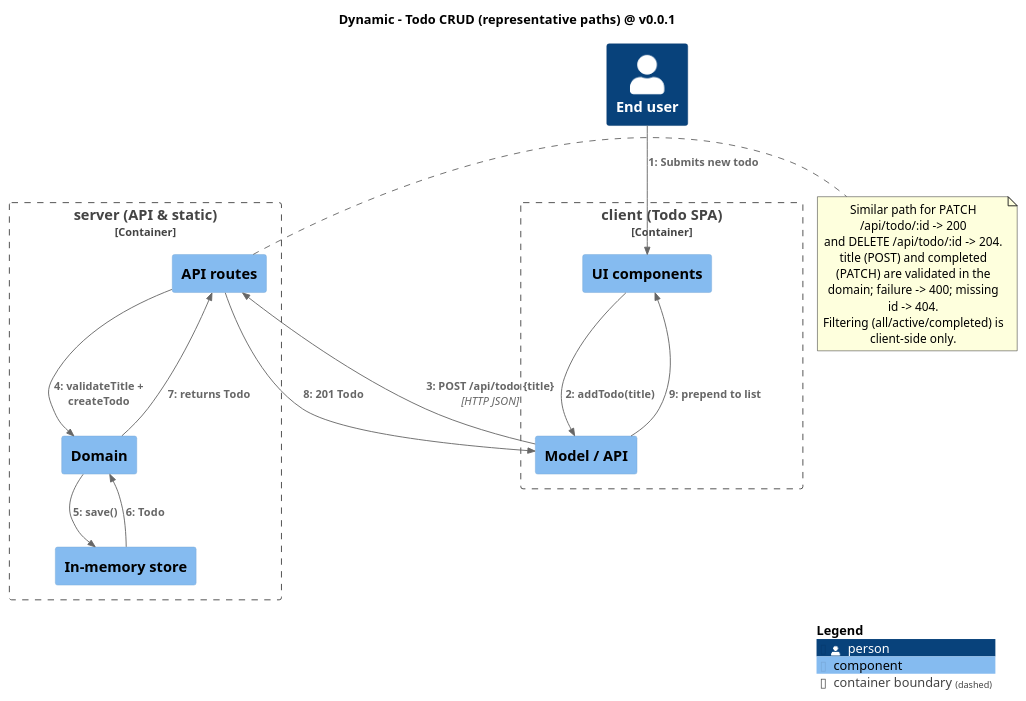
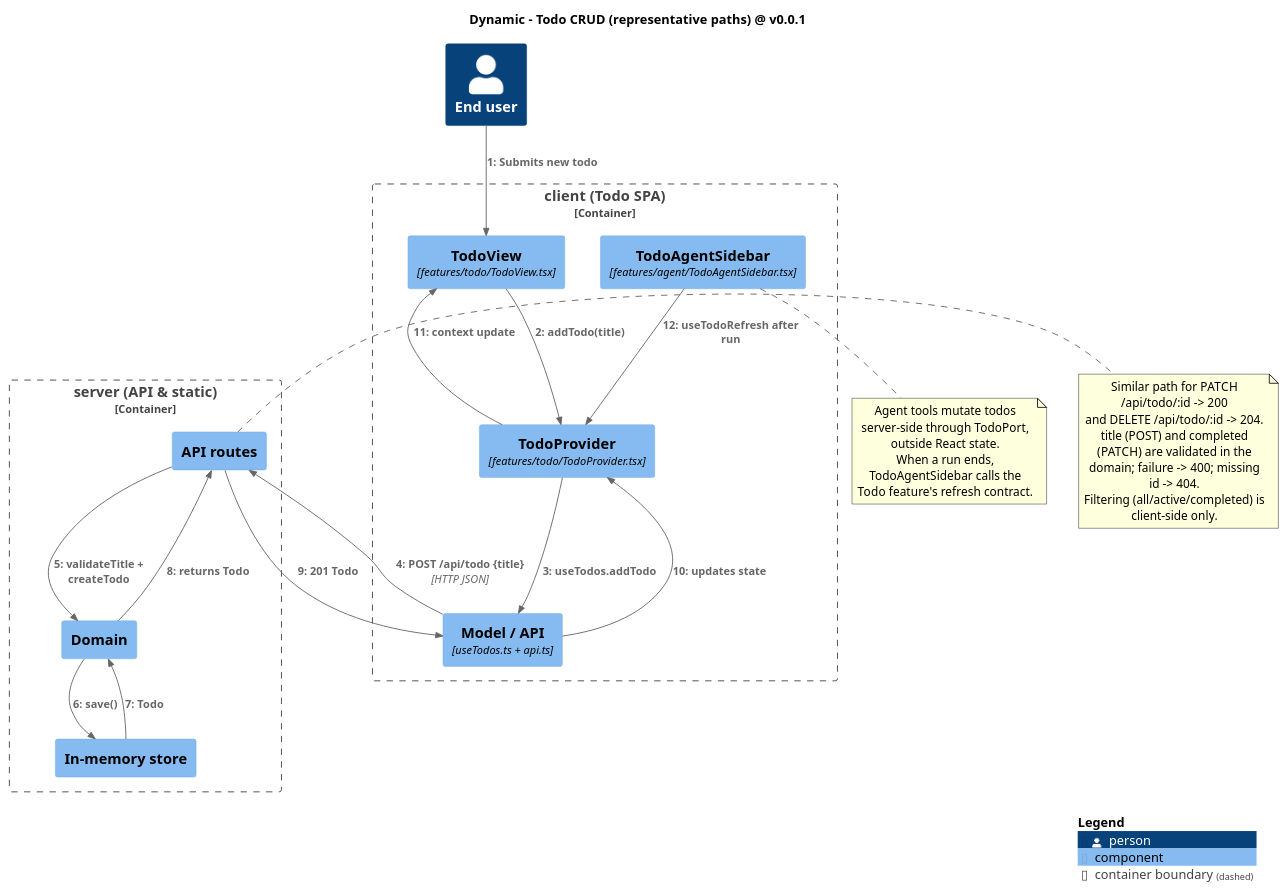
The diagram in docs/architecture/diagrams/05b-dynamic-todo-crud.puml (MemoryIt/todo), drawn with PlantUML before and after one commit. The commit also changed 3 other files, not shown here.

Commit message:
docs(architecture): align client diagrams with feature modules

```diff
--- a/docs/architecture/diagrams/05b-dynamic-todo-crud.puml
+++ b/docs/architecture/diagrams/05b-dynamic-todo-crud.puml
@@ -1,36 +1,46 @@
 @startuml
 !include <C4/C4_Dynamic>
 title Dynamic - Todo CRUD (representative paths) @ v0.0.1
 
 Person(user, "End user")
 
 Container_Boundary(c, "client (Todo SPA)") {
-  Component(ui, "UI components")
-  Component(model, "Model / API")
+  Component(ui, "TodoView", "features/todo/TodoView.tsx")
+  Component(provider, "TodoProvider", "features/todo/TodoProvider.tsx")
+  Component(model, "Model / API", "useTodos.ts + api.ts")
+  Component(agent, "TodoAgentSidebar", "features/agent/TodoAgentSidebar.tsx")
 }
 
 Container_Boundary(s, "server (API & static)") {
   Component(api, "API routes")
   Component(domain, "Domain")
   Component(store, "In-memory store")
 }
 
 Rel(user, ui, "Submits new todo")
-Rel(ui, model, "addTodo(title)")
+Rel(ui, provider, "addTodo(title)")
+Rel(provider, model, "useTodos.addTodo")
 Rel(model, api, "POST /api/todo {title}", "HTTP JSON")
 Rel(api, domain, "validateTitle + createTodo")
 Rel(domain, store, "save()")
 Rel(store, domain, "Todo")
 Rel(domain, api, "returns Todo")
 Rel(api, model, "201 Todo")
-Rel(model, ui, "prepend to list")
+Rel(model, provider, "updates state")
+Rel(provider, ui, "context update")
+Rel(agent, provider, "useTodoRefresh after run")
 
 note right of api
   Similar path for PATCH /api/todo/:id -> 200
   and DELETE /api/todo/:id -> 204.
   title (POST) and completed (PATCH) are validated in the domain; failure -> 400; missing id -> 404.
   Filtering (all/active/completed) is client-side only.
 end note
 
+note bottom of agent
+  Agent tools mutate todos server-side through TodoPort, outside React state.
+  When a run ends, TodoAgentSidebar calls the Todo feature's refresh contract.
+end note
+
 SHOW_LEGEND()
 @enduml
```
